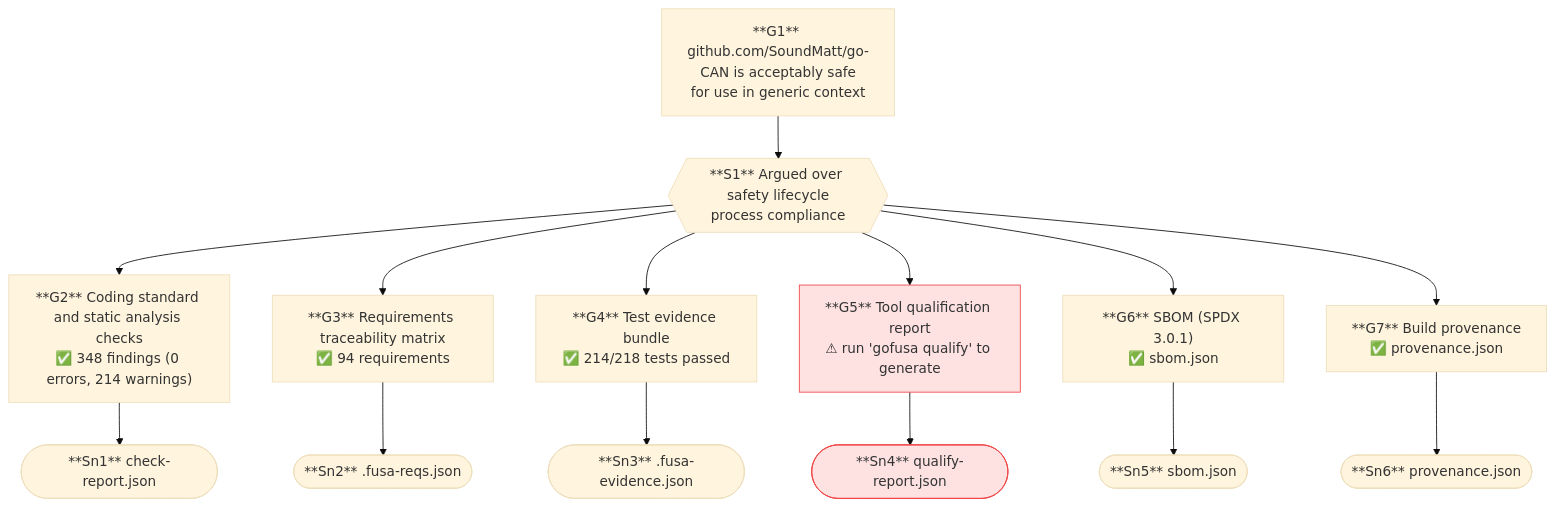
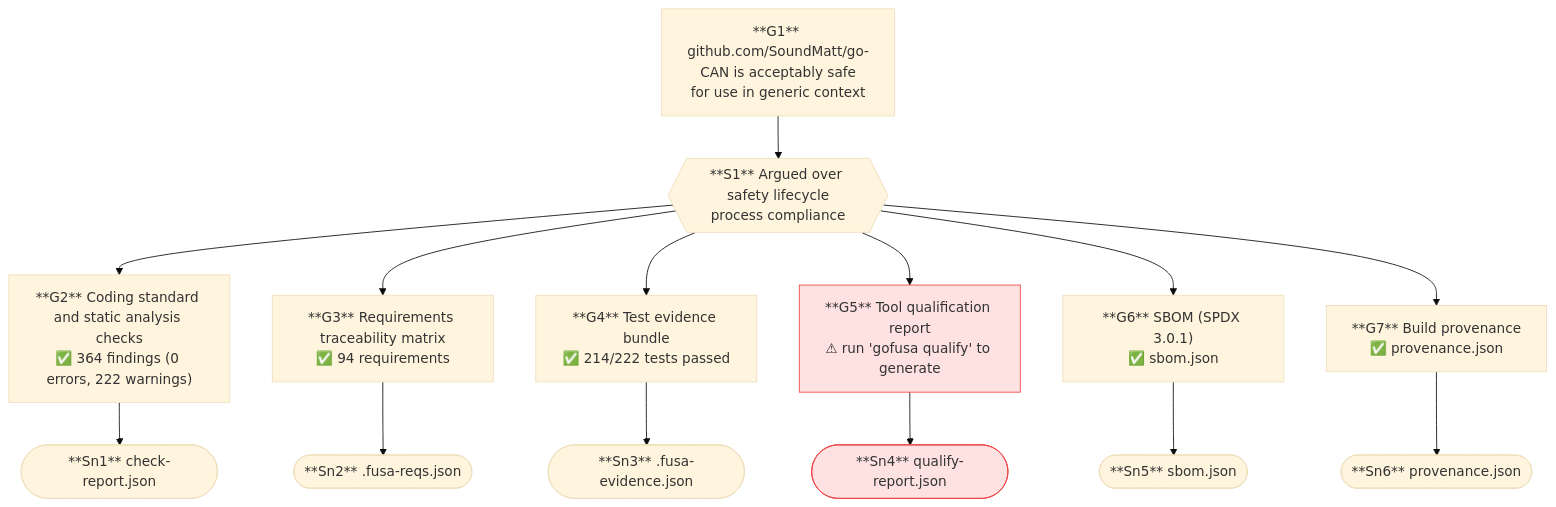
The diagram in safety-case.mermaid (SoundMatt/go-CAN), drawn with Mermaid (base theme) before and after one commit. The commit also changed 18 other files, not shown here.

```diff
--- a/safety-case.mermaid
+++ b/safety-case.mermaid
@@ -1,30 +1,30 @@
 flowchart TD
     G1["**G1** github.com/SoundMatt/go-CAN is acceptably safe\nfor use in generic context"]
     S1{{"**S1** Argued over safety lifecycle\nprocess compliance"}}
-    G2["**G2** Coding standard and static analysis checks\n✅ 348 findings (0 errors, 214 warnings)"]
+    G2["**G2** Coding standard and static analysis checks\n✅ 364 findings (0 errors, 222 warnings)"]
     Sn1(["**Sn1** check-report.json"])
     G3["**G3** Requirements traceability matrix\n✅ 94 requirements"]
     Sn2(["**Sn2** .fusa-reqs.json"])
-    G4["**G4** Test evidence bundle\n✅ 214/218 tests passed"]
+    G4["**G4** Test evidence bundle\n✅ 214/222 tests passed"]
     Sn3(["**Sn3** .fusa-evidence.json"])
     G5["**G5** Tool qualification report\n⚠ run 'gofusa qualify' to generate"]
     Sn4(["**Sn4** qualify-report.json"])
     G6["**G6** SBOM (SPDX 3.0.1)\n✅ sbom.json"]
     Sn5(["**Sn5** sbom.json"])
     G7["**G7** Build provenance\n✅ provenance.json"]
     Sn6(["**Sn6** provenance.json"])
     G1 --> S1
     S1 --> G2
     S1 --> G3
     S1 --> G4
     S1 --> G5
     S1 --> G6
     S1 --> G7
     G2 --> Sn1
     G3 --> Sn2
     G4 --> Sn3
     G5 --> Sn4
     G6 --> Sn5
     G7 --> Sn6
     style G5 fill:#fee2e2,stroke:#ef4444
     style Sn4 fill:#fee2e2,stroke:#ef4444
```
